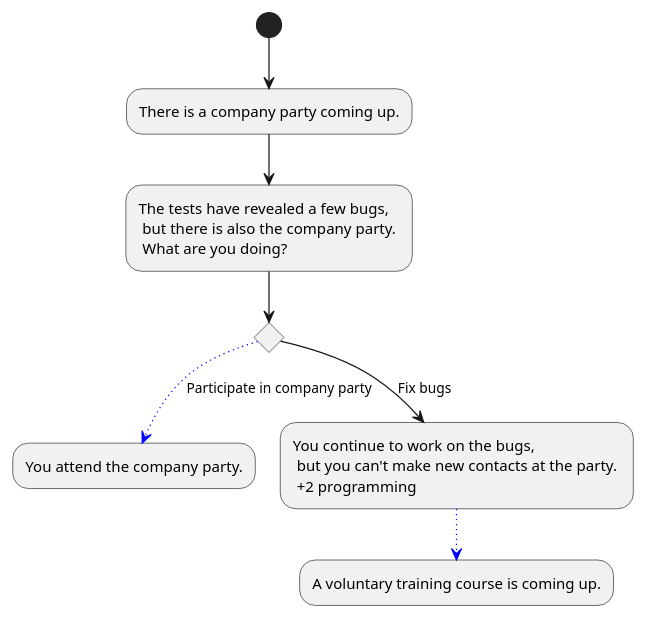
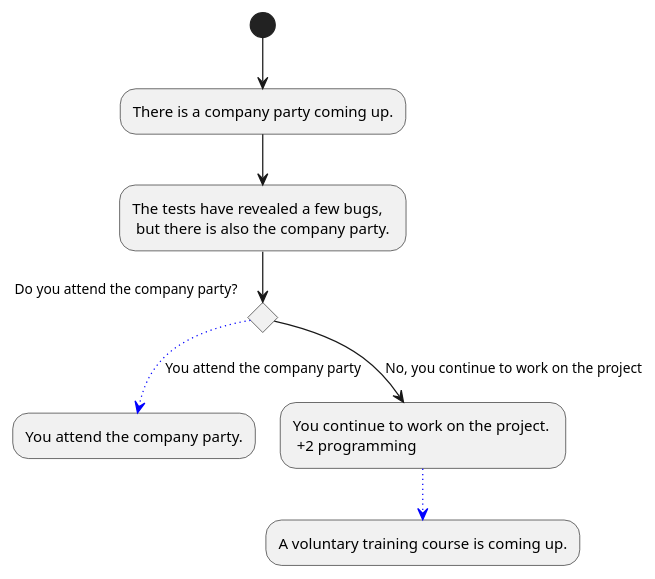
The diagram in Docs/Technical Specifications/docs/diagrams/StoryFlow/StoryFlow_Decision_6.puml (Brotenko/QualityQuest), drawn with PlantUML before and after one commit. The commit also changed 6 other files, not shown here.

```diff
--- a/Docs/Technical Specifications/docs/diagrams/StoryFlow/StoryFlow_Decision_6.puml
+++ b/Docs/Technical Specifications/docs/diagrams/StoryFlow/StoryFlow_Decision_6.puml
@@ -1,12 +1,12 @@
 @startuml
 (*) --> "There is a company party coming up."
---> "The tests have revealed a few bugs, \n but there is also the company party. \n What are you doing?"
-if " " then 
--[#blue,dotted]-> [Participate in company party] "You attend the company party."
+--> "The tests have revealed a few bugs, \n but there is also the company party. "
+if "Do you attend the company party?" then 
+-[#blue,dotted]-> [You attend the company party] "You attend the company party."
 
 else 
---> [Fix bugs] "You continue to work on the bugs, \n but you can't make new contacts at the party. \n +2 programming"
+--> [No, you continue to work on the project] "You continue to work on the project. \n +2 programming"
 -[#blue,dotted]-> "A voluntary training course is coming up."
 
 
 @enduml
```
